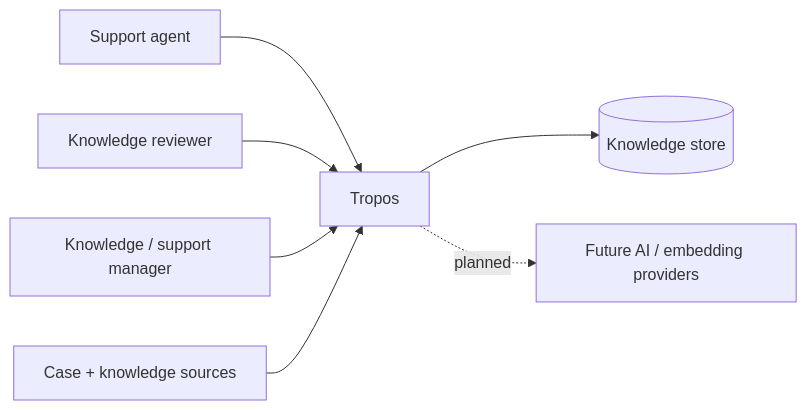
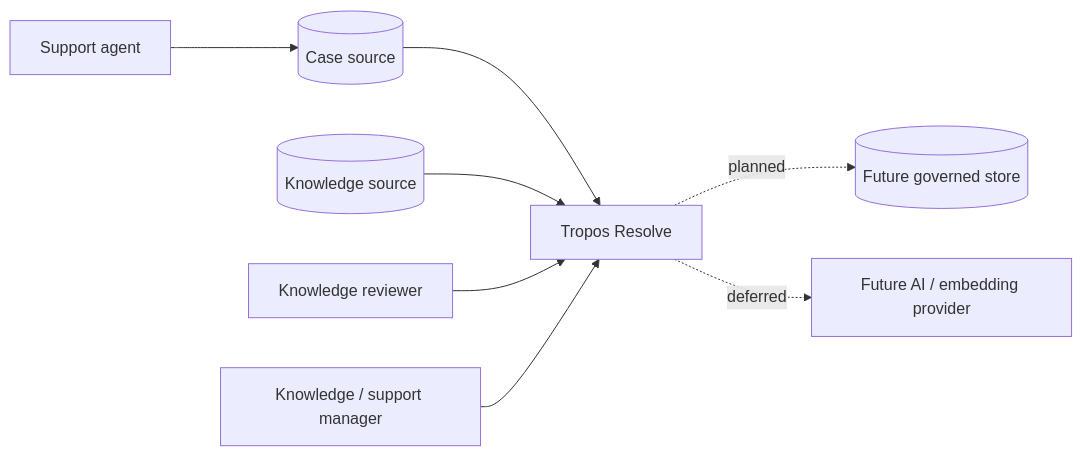
One commit to kumarchandansingh/tropos changed the third of 7 diagrams in docs/architecture/ARCHITECTURE_OVERVIEW.md. Above: the diagram before and after it, drawn with Mermaid. The commit also changed other lines of this file and 13 other files, not shown here.

Commit message:
docs: rebuild Tropos living architecture

````diff
--- a/docs/architecture/ARCHITECTURE_OVERVIEW.md
+++ b/docs/architecture/ARCHITECTURE_OVERVIEW.md
@@ -33,17 +78,19 @@
 ```mermaid
 flowchart LR
     Agent[Support agent]
     Reviewer[Knowledge reviewer]
     Manager[Knowledge / support manager]
-    Source[Case + knowledge sources]
-    Tropos[Tropos]
-    Store[(Knowledge store)]
-    AI[Future AI / embedding providers]
+    CaseSource[(Case source)]
+    KnowledgeSource[(Knowledge source)]
+    Tropos[Tropos Resolve]
+    FutureStore[(Future governed store)]
+    FutureAI[Future AI / embedding provider]
 
-    Agent --> Tropos
+    Agent --> CaseSource
+    CaseSource --> Tropos
+    KnowledgeSource --> Tropos
     Reviewer --> Tropos
     Manager --> Tropos
-    Source --> Tropos
-    Tropos --> Store
-    Tropos -. planned .-> AI
+    Tropos -. planned .-> FutureStore
+    Tropos -. deferred .-> FutureAI
 ```
````
